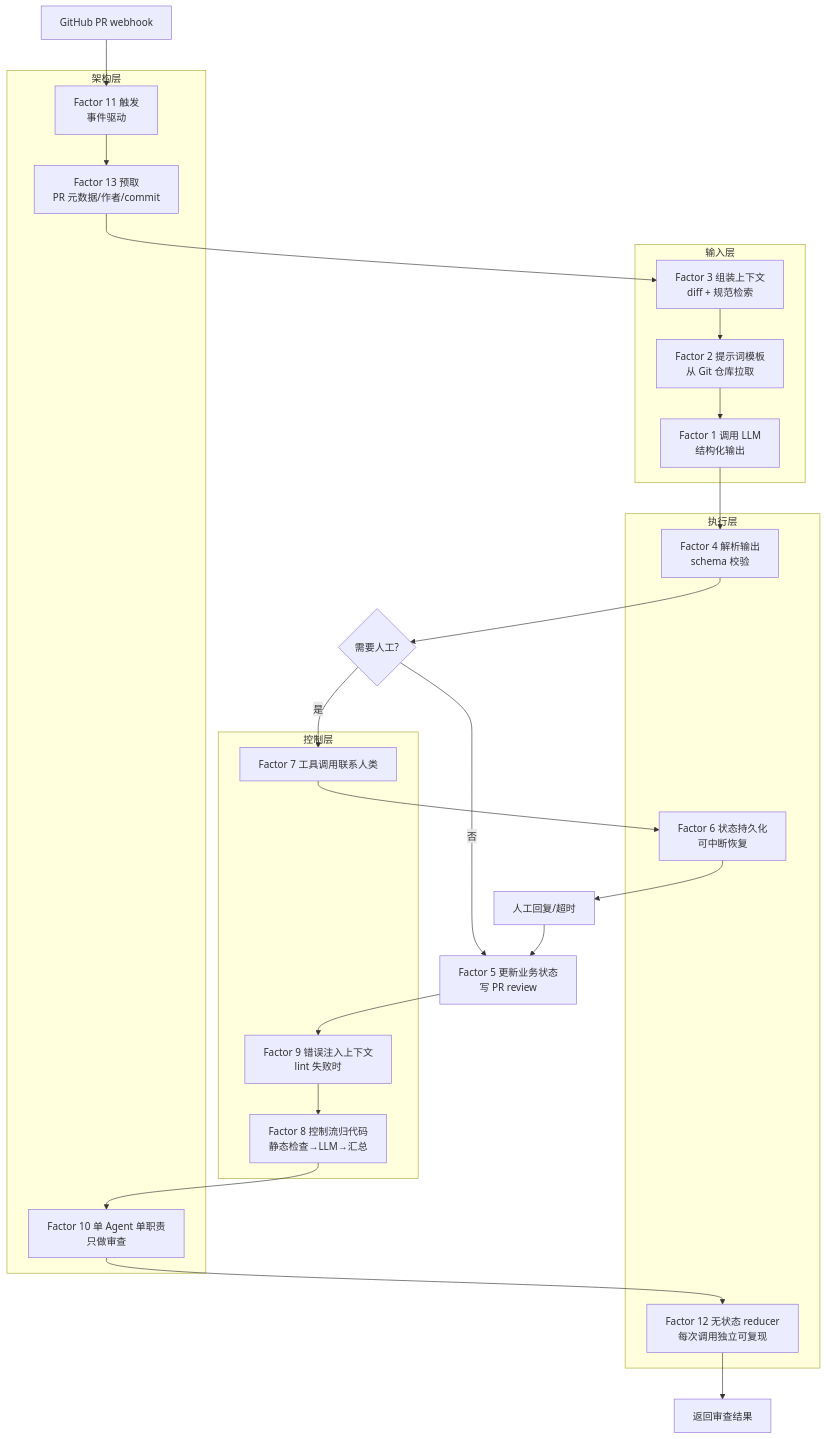
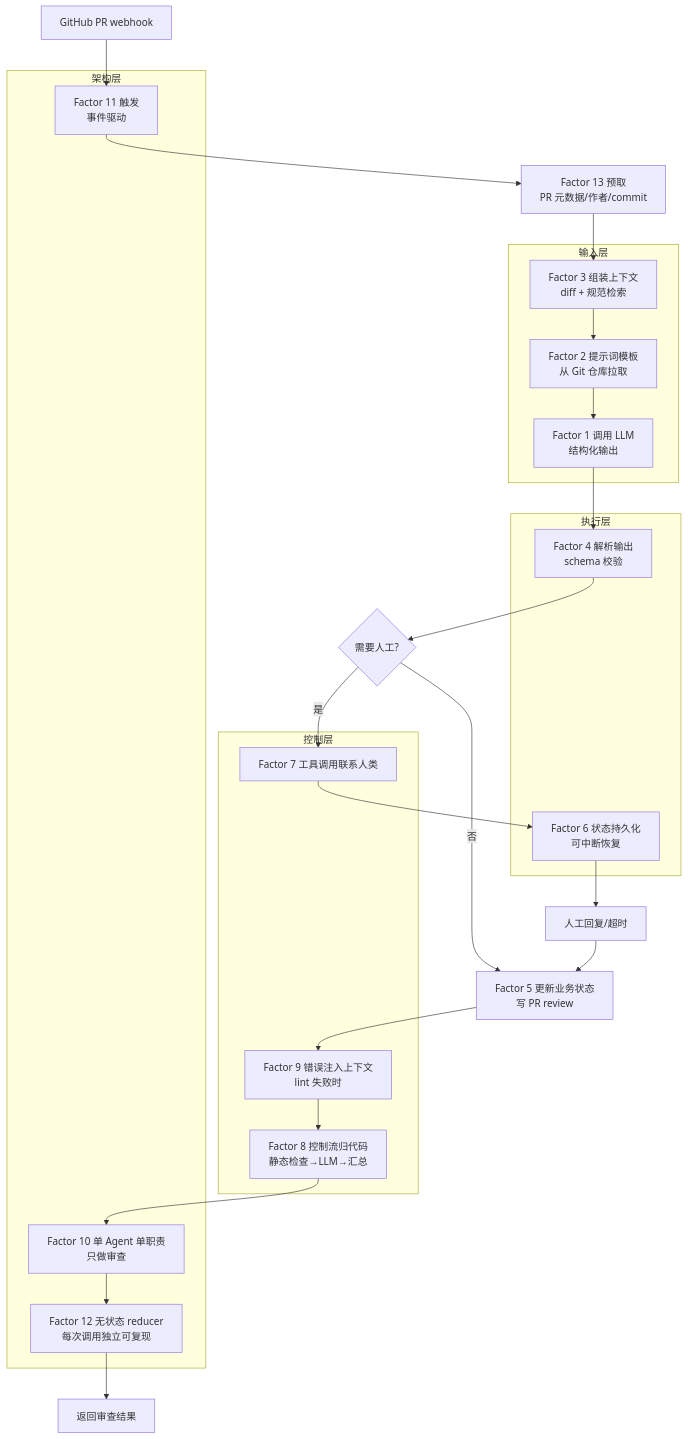
The diagram in content/posts/tech/12-factor-agents-production-llm-guide.md (A1pha3/text-matrix), drawn with Mermaid before and after one commit. The commit also changed other lines of this file and 56 other files, not shown here.

````diff
--- a/content/posts/tech/12-factor-agents-production-llm-guide.md
+++ b/content/posts/tech/12-factor-agents-production-llm-guide.md
@@ -73,41 +73,40 @@
 ```mermaid
 flowchart TD
     A[GitHub PR webhook] --> B[Factor 11 触发<br/>事件驱动]
     B --> C[Factor 13 预取<br/>PR 元数据/作者/commit]
     C --> D[Factor 3 组装上下文<br/>diff + 规范检索]
     D --> E[Factor 2 提示词模板<br/>从 Git 仓库拉取]
     E --> F[Factor 1 调用 LLM<br/>结构化输出]
     F --> G[Factor 4 解析输出<br/>schema 校验]
     G --> H{需要人工?}
     H -- 是 --> I[Factor 7 工具调用联系人类]
     I --> J[Factor 6 状态持久化<br/>可中断恢复]
     J --> K[人工回复/超时]
     H -- 否 --> L[Factor 5 更新业务状态<br/>写 PR review]
     K --> L
     L --> M[Factor 9 错误注入上下文<br/>lint 失败时]
     M --> N[Factor 8 控制流归代码<br/>静态检查→LLM→汇总]
     N --> O[Factor 10 单 Agent 单职责<br/>只做审查]
     O --> P[Factor 12 无状态 reducer<br/>每次调用独立可复现]
     P --> Q[返回审查结果]
 
     subgraph 输入层
         D
         E
         F
     end
     subgraph 执行层
         G
         J
-        P
     end
     subgraph 控制层
         I
         M
         N
     end
     subgraph 架构层
         B
-        C
+        P
         O
     end
 ```
````
